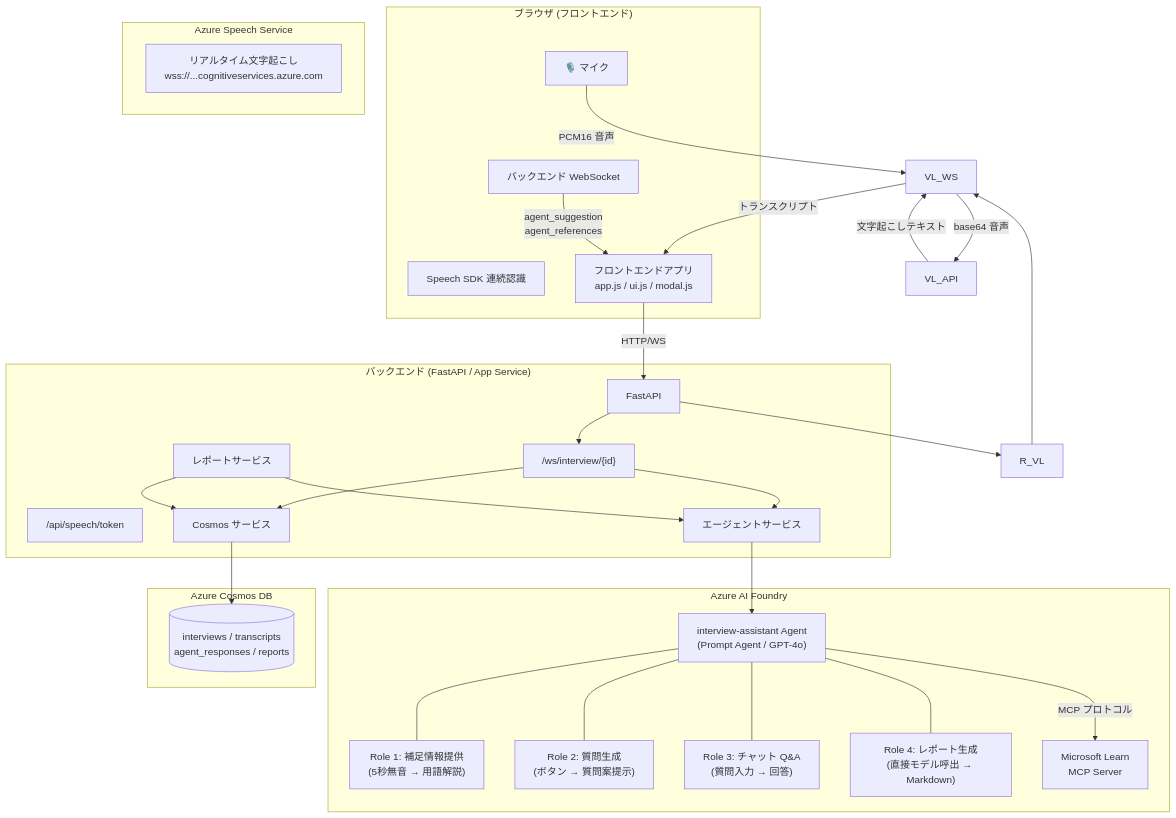
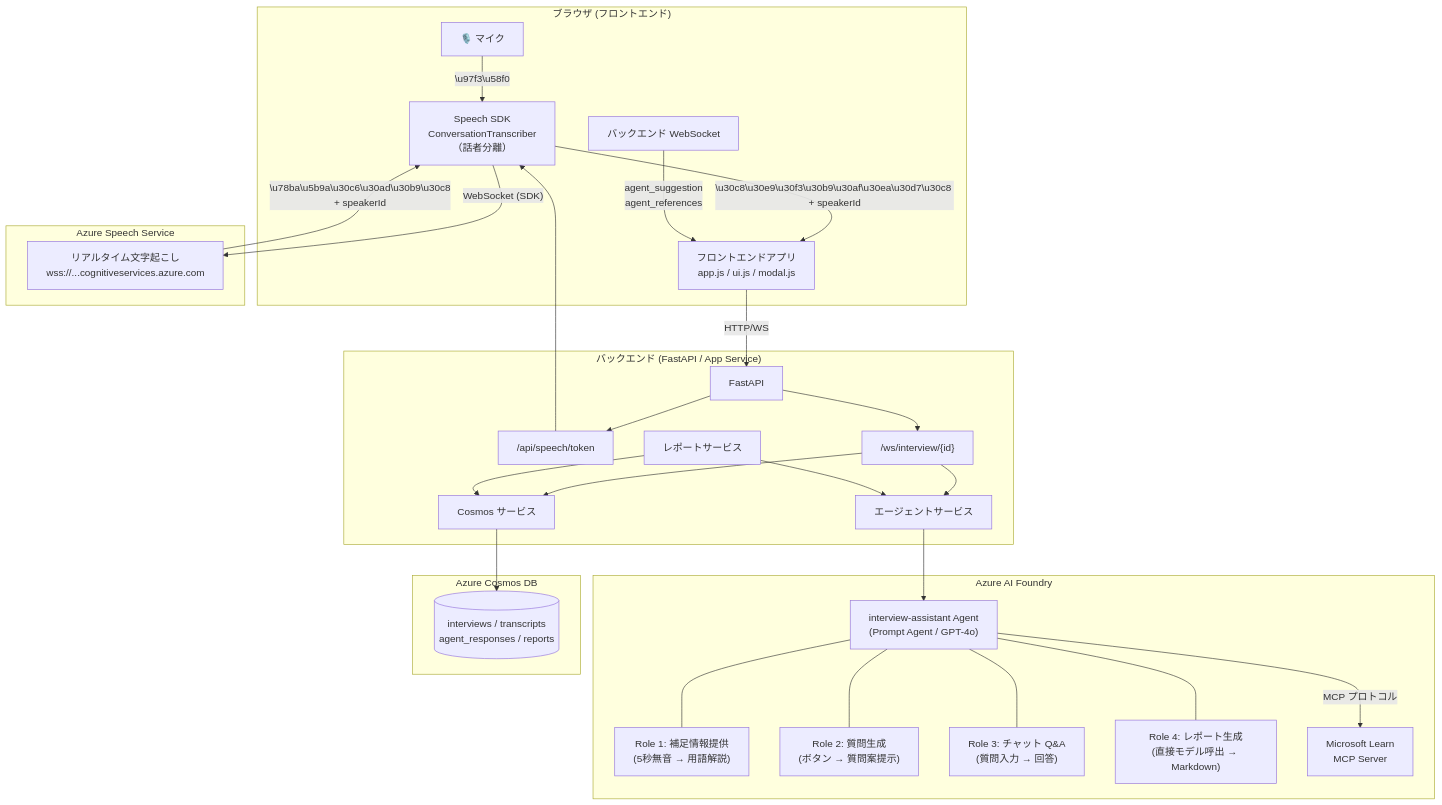
The second of 2 diagrams in README.md (hatasaki/Interview-Assistant-AI), drawn with Mermaid before and after one commit. The commit also changed other lines of this file and 10 other files, not shown here.

````diff
--- a/README.md
+++ b/README.md
@@ -333,60 +342,60 @@
 ```mermaid
 graph TB
     subgraph Browser["ブラウザ (フロントエンド)"]
         MIC["🎙️ マイク"]
-        SPEECH_WS["Speech SDK 連続認識"]
+        SPEECH_WS["Speech SDK<br/>ConversationTranscriber<br/>（話者分離）"]
         FE["フロントエンドアプリ<br/>app.js / ui.js / modal.js"]
         BE_WS["バックエンド WebSocket"]
     end
 
     subgraph SpeechService["Azure Speech Service"]
         STT_API["リアルタイム文字起こし<br/>wss://...cognitiveservices.azure.com"]
     end
 
     subgraph Backend["バックエンド (FastAPI / App Service)"]
         APP["FastAPI"]
         R_SP["/api/speech/token"]
         R_WS["/ws/interview/{id}"]
         AGT_SVC["エージェントサービス"]
         COS_SVC["Cosmos サービス"]
         RPT_SVC["レポートサービス"]
     end
 
     subgraph AI["Azure AI Foundry"]
         AGENT["interview-assistant Agent<br/>(Prompt Agent / GPT-4o)"]
         ROLE1["Role 1: 補足情報提供<br/>(5秒無音 → 用語解説)"]
         ROLE2["Role 2: 質問生成<br/>(ボタン → 質問案提示)"]
         ROLE3["Role 3: チャット Q&A<br/>(質問入力 → 回答)"]
         ROLE4["Role 4: レポート生成<br/>(直接モデル呼出 → Markdown)"]
         MCP["Microsoft Learn<br/>MCP Server"]
         AGENT --- ROLE1
         AGENT --- ROLE2
         AGENT --- ROLE3
         AGENT --- ROLE4
         AGENT -->|"MCP プロトコル"| MCP
     end
 
     subgraph DB["Azure Cosmos DB"]
         COSMOS[("interviews / transcripts<br/>agent_responses / reports")]
     end
 
-    MIC -->|"PCM16 音声"| VL_WS
-    VL_WS -->|"base64 音声"| VL_API
-    VL_API -->|"文字起こしテキスト"| VL_WS
-    VL_WS -->|"トランスクリプト"| FE
+    MIC -->|"\u97f3\u58f0"| SPEECH_WS
+    SPEECH_WS -->|"WebSocket (SDK)"| STT_API
+    STT_API -->|"\u78ba\u5b9a\u30c6\u30ad\u30b9\u30c8<br/>+ speakerId"| SPEECH_WS
+    SPEECH_WS -->|"\u30c8\u30e9\u30f3\u30b9\u30af\u30ea\u30d7\u30c8 + speakerId"| FE
 
     FE -->|"HTTP/WS"| APP
-    APP --> R_VL
+    APP --> R_SP
     APP --> R_WS
-    R_VL --> VL_WS
+    R_SP --> SPEECH_WS
 
     R_WS --> AGT_SVC
     R_WS --> COS_SVC
     RPT_SVC --> AGT_SVC
     RPT_SVC --> COS_SVC
 
     AGT_SVC --> AGENT
     COS_SVC --> COSMOS
 
     BE_WS -->|"agent_suggestion<br/>agent_references"| FE
 ```
````
